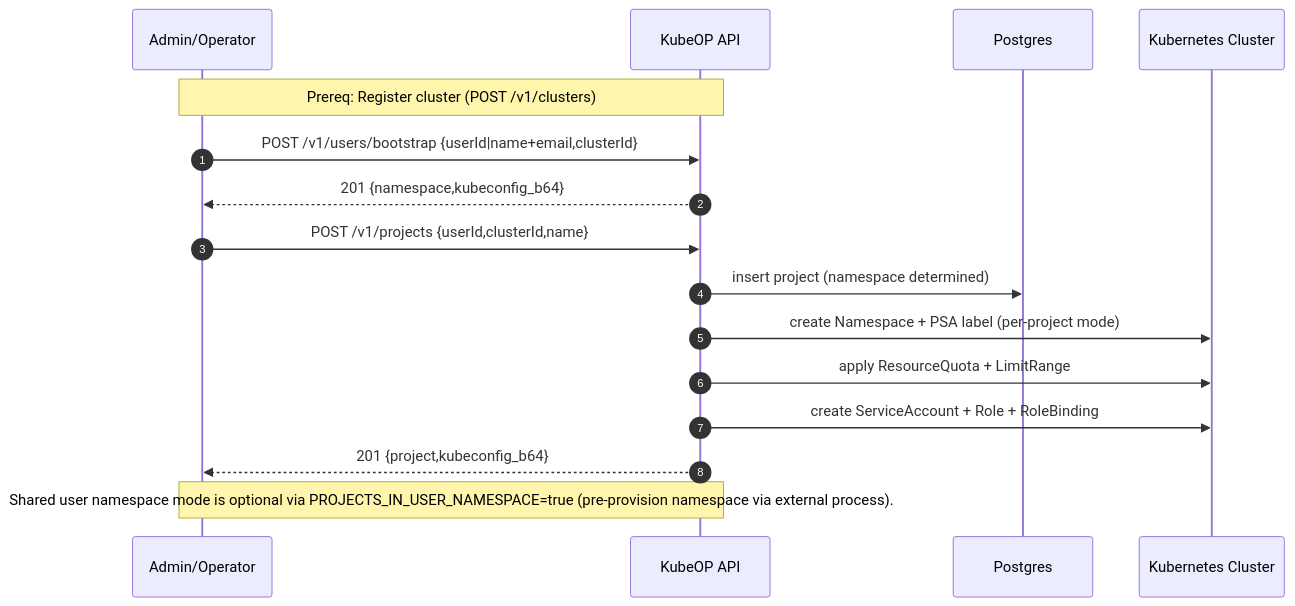
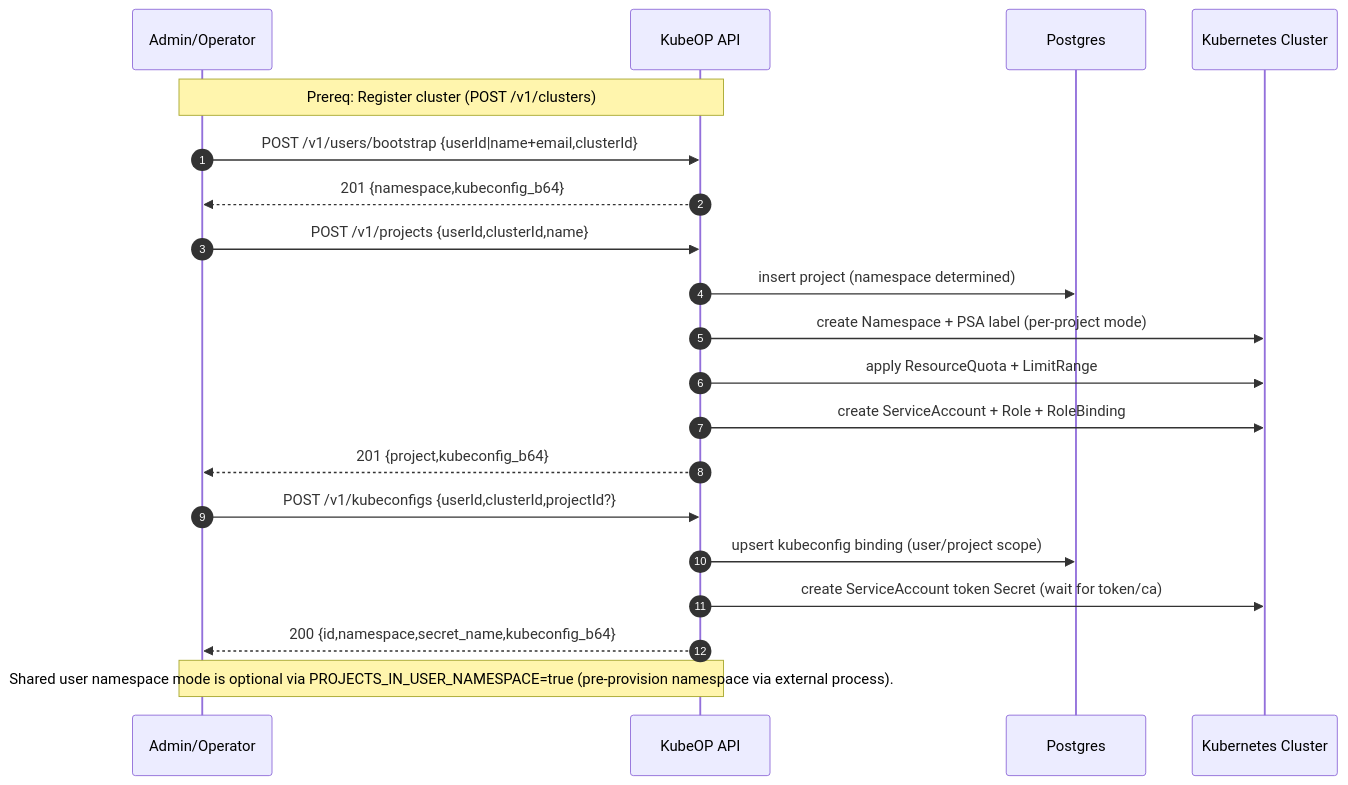
Before and after one commit to vaheed/kubeOP: the second of 3 diagrams in docs/ARCHITECTURE.md, drawn with Mermaid. The commit also changed other lines of this file and 25 other files, not shown here.

````diff
--- a/docs/ARCHITECTURE.md
+++ b/docs/ARCHITECTURE.md
@@ -88,22 +90,27 @@
 ```mermaid
 sequenceDiagram
   autonumber
   participant Admin as Admin/Operator
   participant API as KubeOP API
   participant DB as Postgres
   participant K8s as Kubernetes Cluster
 
   Note over Admin,API: Prereq: Register cluster (POST /v1/clusters)
 
   Admin->>API: POST /v1/users/bootstrap {userId|name+email,clusterId}
   API-->>Admin: 201 {namespace,kubeconfig_b64}
 
   Admin->>API: POST /v1/projects {userId,clusterId,name}
   API->>DB: insert project (namespace determined)
   API->>K8s: create Namespace + PSA label (per‑project mode)
   API->>K8s: apply ResourceQuota + LimitRange
   API->>K8s: create ServiceAccount + Role + RoleBinding
   API-->>Admin: 201 {project,kubeconfig_b64}
 
+  Admin->>API: POST /v1/kubeconfigs {userId,clusterId,projectId?}
+  API->>DB: upsert kubeconfig binding (user/project scope)
+  API->>K8s: create ServiceAccount token Secret (wait for token/ca)
+  API-->>Admin: 200 {id,namespace,secret_name,kubeconfig_b64}
+
   Note over Admin,API: Shared user namespace mode is optional via PROJECTS_IN_USER_NAMESPACE=true (pre‑provision namespace via external process).
 ```
````
